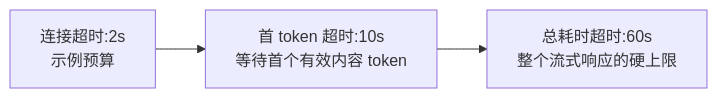
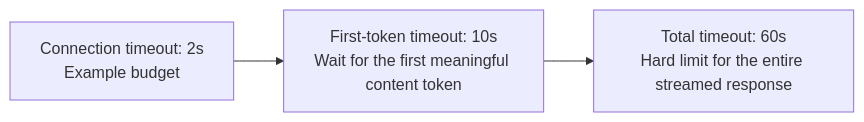
Before and after one commit to oneleaveknowsthefall/awesome-ai-roadmap: the first of 2 diagrams in docs/engineering/02-request-reliability/04-retry-timeout-idempotency-circuit-breaker.md, drawn with Mermaid. The commit also changed other lines of this file and 82 other files, not shown here.

````diff
--- a/docs/engineering/02-request-reliability/04-retry-timeout-idempotency-circuit-breaker.md
+++ b/docs/engineering/02-request-reliability/04-retry-timeout-idempotency-circuit-breaker.md
@@ -48,5 +48,5 @@
 ```mermaid
 flowchart LR
-    A["连接超时:2s<br/>示例预算"] --> B["首 token 超时:10s<br/>等待首个有效内容 token"]
-    B --> C["总耗时超时:60s<br/>整个流式响应的硬上限"]
+    A["Connection timeout: 2s<br/>Example budget"] --> B["First-token timeout: 10s<br/>Wait for the first meaningful content token"]
+    B --> C["Total timeout: 60s<br/>Hard limit for the entire streamed response"]
 ```
````
